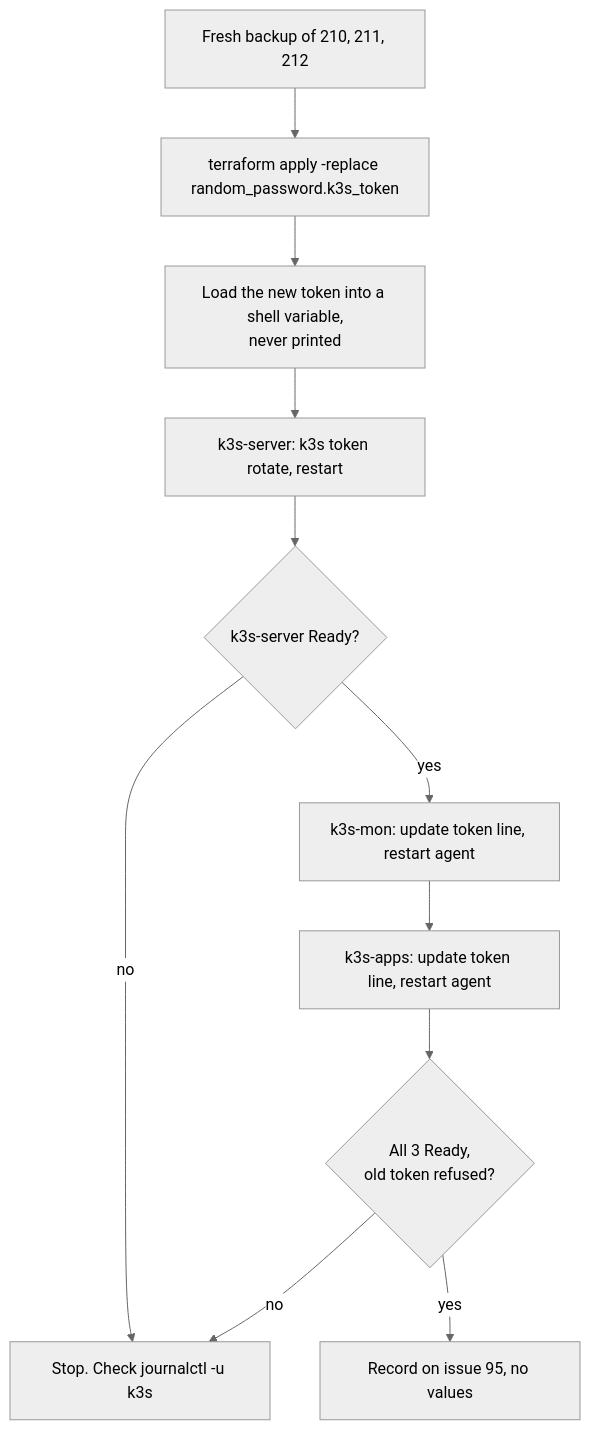
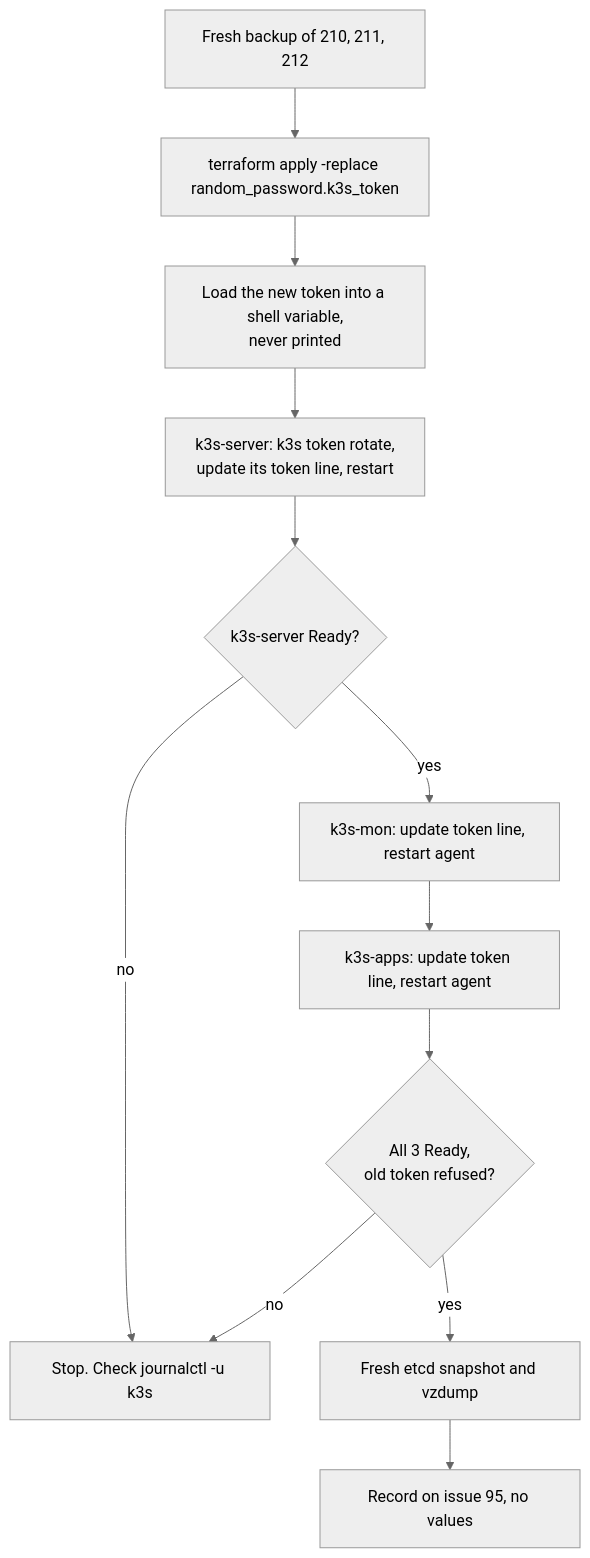
One commit to BODAPATI88/bvrinfra changed the diagram in docs/runbooks/k3s-token-rotation.md. Above: the diagram before and after it, drawn with Mermaid (neutral theme). The commit also changed other lines of this file, not shown here.

First line of the commit message:
runbook: fix k3s token rotation steps before the first run (#95)

````diff
--- a/docs/runbooks/k3s-token-rotation.md
+++ b/docs/runbooks/k3s-token-rotation.md
@@ -34,13 +36,14 @@
 ```mermaid
 flowchart TD
   A["Fresh backup of 210, 211, 212"] --> B["terraform apply -replace random_password.k3s_token"]
   B --> C["Load the new token into a shell variable,<br/>never printed"]
-  C --> D["k3s-server: k3s token rotate, restart"]
+  C --> D["k3s-server: k3s token rotate,<br/>update its token line, restart"]
   D --> E{"k3s-server Ready?"}
   E -->|"no"| X["Stop. Check journalctl -u k3s"]
   E -->|"yes"| F["k3s-mon: update token line, restart agent"]
   F --> G["k3s-apps: update token line, restart agent"]
   G --> H{"All 3 Ready,<br/>old token refused?"}
-  H -->|"yes"| I["Record on issue 95, no values"]
+  H -->|"yes"| J["Fresh etcd snapshot and vzdump"]
+  J --> I["Record on issue 95, no values"]
   H -->|"no"| X
 ```
````
